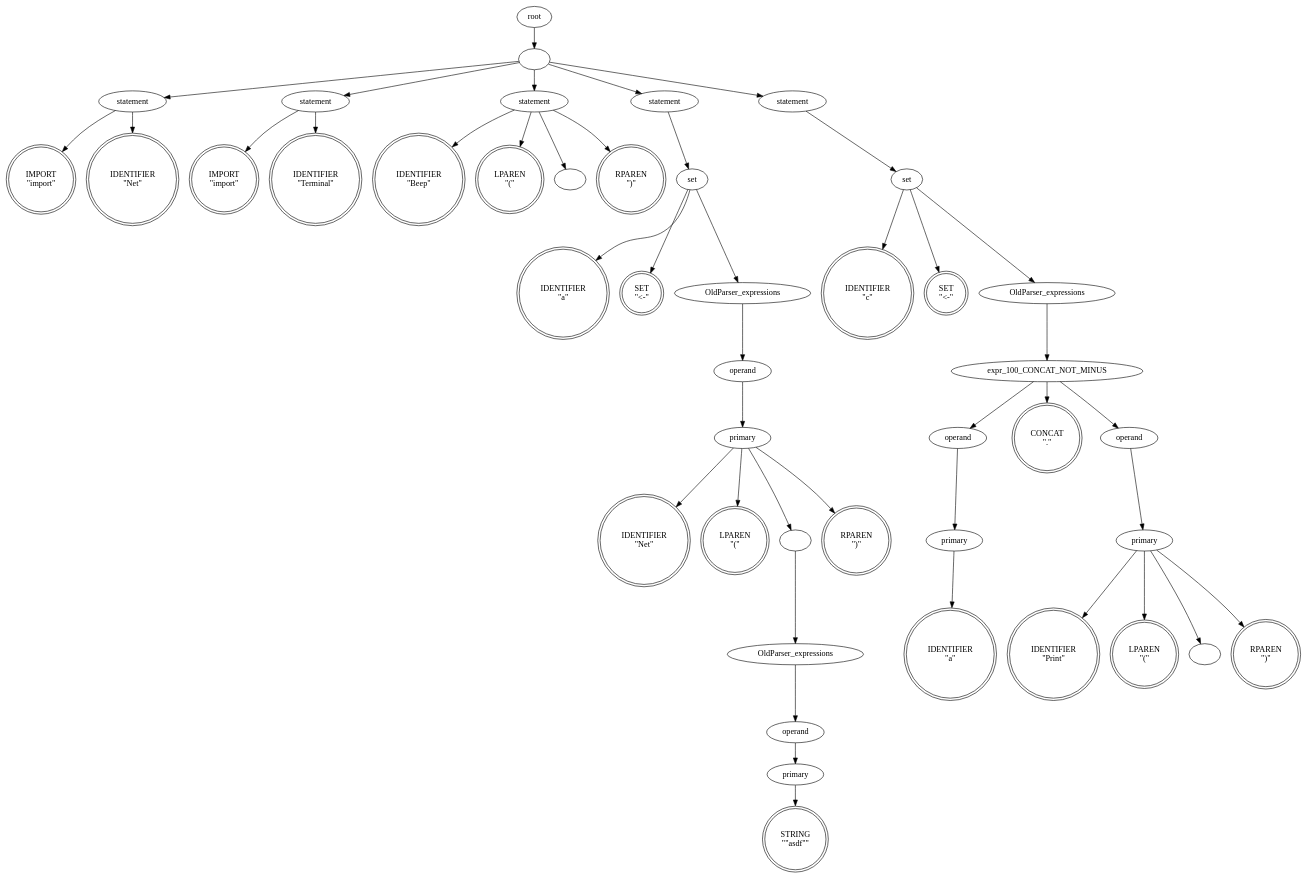
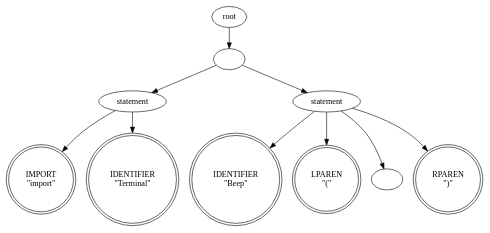
Before and after one commit to lijiajunply/Old8Lang: the diagram in Old8Lang/Ex/tree_By_init.dot, drawn with Graphviz. The commit also changed 11 other files, not shown here.

```diff
--- a/Old8Lang/Ex/tree_By_init.dot
+++ b/Old8Lang/Ex/tree_By_init.dot
@@ -1,133 +1,31 @@
 digraph syntaxtree {
 0 [  label="IMPORT
 \"import\"" shape=doublecircle height=0.50]
 1 [  label="IDENTIFIER
-\"Net\"" shape=doublecircle height=0.50]
+\"Terminal\"" shape=doublecircle height=0.50]
 2 [  label="statement" shape=ellipse fontcolor=black height=0.50]
 2 [  label="statement" shape=ellipse fontcolor=black height=0.50]
-3 [  label="IMPORT
-\"import\"" shape=doublecircle height=0.50]
-4 [  label="IDENTIFIER
-\"Terminal\"" shape=doublecircle height=0.50]
-5 [  label="statement" shape=ellipse fontcolor=black height=0.50]
-5 [  label="statement" shape=ellipse fontcolor=black height=0.50]
-6 [  label="IDENTIFIER
+3 [  label="IDENTIFIER
 \"Beep\"" shape=doublecircle height=0.50]
-7 [  label="LPAREN
+4 [  label="LPAREN
 \"(\"" shape=doublecircle height=0.50]
+5 [  label="" shape=ellipse fontcolor=black height=0.50]
+5 [  label="" shape=ellipse fontcolor=black height=0.50]
+6 [  label="RPAREN
+\")\"" shape=doublecircle height=0.50]
+7 [  label="statement" shape=ellipse fontcolor=black height=0.50]
+7 [  label="statement" shape=ellipse fontcolor=black height=0.50]
 8 [  label="" shape=ellipse fontcolor=black height=0.50]
 8 [  label="" shape=ellipse fontcolor=black height=0.50]
-9 [  label="RPAREN
-\")\"" shape=doublecircle height=0.50]
-10 [  label="statement" shape=ellipse fontcolor=black height=0.50]
-10 [  label="statement" shape=ellipse fontcolor=black height=0.50]
-11 [  label="IDENTIFIER
-\"a\"" shape=doublecircle height=0.50]
-12 [  label="SET
-\"<-\"" shape=doublecircle height=0.50]
-13 [  label="IDENTIFIER
-\"Net\"" shape=doublecircle height=0.50]
-14 [  label="LPAREN
-\"(\"" shape=doublecircle height=0.50]
-15 [  label="STRING
-\"\"asdf\"\"" shape=doublecircle height=0.50]
-16 [  label="primary" shape=ellipse fontcolor=black height=0.50]
-16 [  label="primary" shape=ellipse fontcolor=black height=0.50]
-17 [  label="operand" shape=ellipse fontcolor=black height=0.50]
-17 [  label="operand" shape=ellipse fontcolor=black height=0.50]
-18 [  label="OldParser_expressions" shape=ellipse fontcolor=black height=0.50]
-18 [  label="OldParser_expressions" shape=ellipse fontcolor=black height=0.50]
-19 [  label="" shape=ellipse fontcolor=black height=0.50]
-19 [  label="" shape=ellipse fontcolor=black height=0.50]
-20 [  label="RPAREN
-\")\"" shape=doublecircle height=0.50]
-21 [  label="primary" shape=ellipse fontcolor=black height=0.50]
-21 [  label="primary" shape=ellipse fontcolor=black height=0.50]
-22 [  label="operand" shape=ellipse fontcolor=black height=0.50]
-22 [  label="operand" shape=ellipse fontcolor=black height=0.50]
-23 [  label="OldParser_expressions" shape=ellipse fontcolor=black height=0.50]
-23 [  label="OldParser_expressions" shape=ellipse fontcolor=black height=0.50]
-24 [  label="set" shape=ellipse fontcolor=black height=0.50]
-24 [  label="set" shape=ellipse fontcolor=black height=0.50]
-25 [  label="statement" shape=ellipse fontcolor=black height=0.50]
-25 [  label="statement" shape=ellipse fontcolor=black height=0.50]
-26 [  label="IDENTIFIER
-\"c\"" shape=doublecircle height=0.50]
-27 [  label="SET
-\"<-\"" shape=doublecircle height=0.50]
-28 [  label="IDENTIFIER
-\"a\"" shape=doublecircle height=0.50]
-29 [  label="primary" shape=ellipse fontcolor=black height=0.50]
-29 [  label="primary" shape=ellipse fontcolor=black height=0.50]
-30 [  label="operand" shape=ellipse fontcolor=black height=0.50]
-30 [  label="operand" shape=ellipse fontcolor=black height=0.50]
-31 [  label="CONCAT
-\".\"" shape=doublecircle height=0.50]
-32 [  label="IDENTIFIER
-\"Print\"" shape=doublecircle height=0.50]
-33 [  label="LPAREN
-\"(\"" shape=doublecircle height=0.50]
-34 [  label="" shape=ellipse fontcolor=black height=0.50]
-34 [  label="" shape=ellipse fontcolor=black height=0.50]
-35 [  label="RPAREN
-\")\"" shape=doublecircle height=0.50]
-36 [  label="primary" shape=ellipse fontcolor=black height=0.50]
-36 [  label="primary" shape=ellipse fontcolor=black height=0.50]
-37 [  label="operand" shape=ellipse fontcolor=black height=0.50]
-37 [  label="operand" shape=ellipse fontcolor=black height=0.50]
-38 [  label="expr_100_CONCAT_NOT_MINUS" shape=ellipse fontcolor=black height=0.50]
-38 [  label="expr_100_CONCAT_NOT_MINUS" shape=ellipse fontcolor=black height=0.50]
-39 [  label="OldParser_expressions" shape=ellipse fontcolor=black height=0.50]
-39 [  label="OldParser_expressions" shape=ellipse fontcolor=black height=0.50]
-40 [  label="set" shape=ellipse fontcolor=black height=0.50]
-40 [  label="set" shape=ellipse fontcolor=black height=0.50]
-41 [  label="statement" shape=ellipse fontcolor=black height=0.50]
-41 [  label="statement" shape=ellipse fontcolor=black height=0.50]
-42 [  label="" shape=ellipse fontcolor=black height=0.50]
-42 [  label="" shape=ellipse fontcolor=black height=0.50]
-43 [  label="root" shape=ellipse fontcolor=black height=0.50]
-43 [  label="root" shape=ellipse fontcolor=black height=0.50]
+9 [  label="root" shape=ellipse fontcolor=black height=0.50]
+9 [  label="root" shape=ellipse fontcolor=black height=0.50]
 2->0 [  arrowshape=none];
 2->1 [  arrowshape=none];
-5->3 [  arrowshape=none];
-5->4 [  arrowshape=none];
-10->6 [  arrowshape=none];
-10->7 [  arrowshape=none];
-10->8 [  arrowshape=none];
-10->9 [  arrowshape=none];
-16->15 [  arrowshape=none];
-17->16 [  arrowshape=none];
-18->17 [  arrowshape=none];
-19->18 [  arrowshape=none];
-21->13 [  arrowshape=none];
-21->14 [  arrowshape=none];
-21->19 [  arrowshape=none];
-21->20 [  arrowshape=none];
-22->21 [  arrowshape=none];
-23->22 [  arrowshape=none];
-24->11 [  arrowshape=none];
-24->12 [  arrowshape=none];
-24->23 [  arrowshape=none];
-25->24 [  arrowshape=none];
-29->28 [  arrowshape=none];
-30->29 [  arrowshape=none];
-36->32 [  arrowshape=none];
-36->33 [  arrowshape=none];
-36->34 [  arrowshape=none];
-36->35 [  arrowshape=none];
-37->36 [  arrowshape=none];
-38->30 [  arrowshape=none];
-38->31 [  arrowshape=none];
-38->37 [  arrowshape=none];
-39->38 [  arrowshape=none];
-40->26 [  arrowshape=none];
-40->27 [  arrowshape=none];
-40->39 [  arrowshape=none];
-41->40 [  arrowshape=none];
-42->2 [  arrowshape=none];
-42->5 [  arrowshape=none];
-42->10 [  arrowshape=none];
-42->25 [  arrowshape=none];
-42->41 [  arrowshape=none];
-43->42 [  arrowshape=none];
+7->3 [  arrowshape=none];
+7->4 [  arrowshape=none];
+7->5 [  arrowshape=none];
+7->6 [  arrowshape=none];
+8->2 [  arrowshape=none];
+8->7 [  arrowshape=none];
+9->8 [  arrowshape=none];
 }
```
